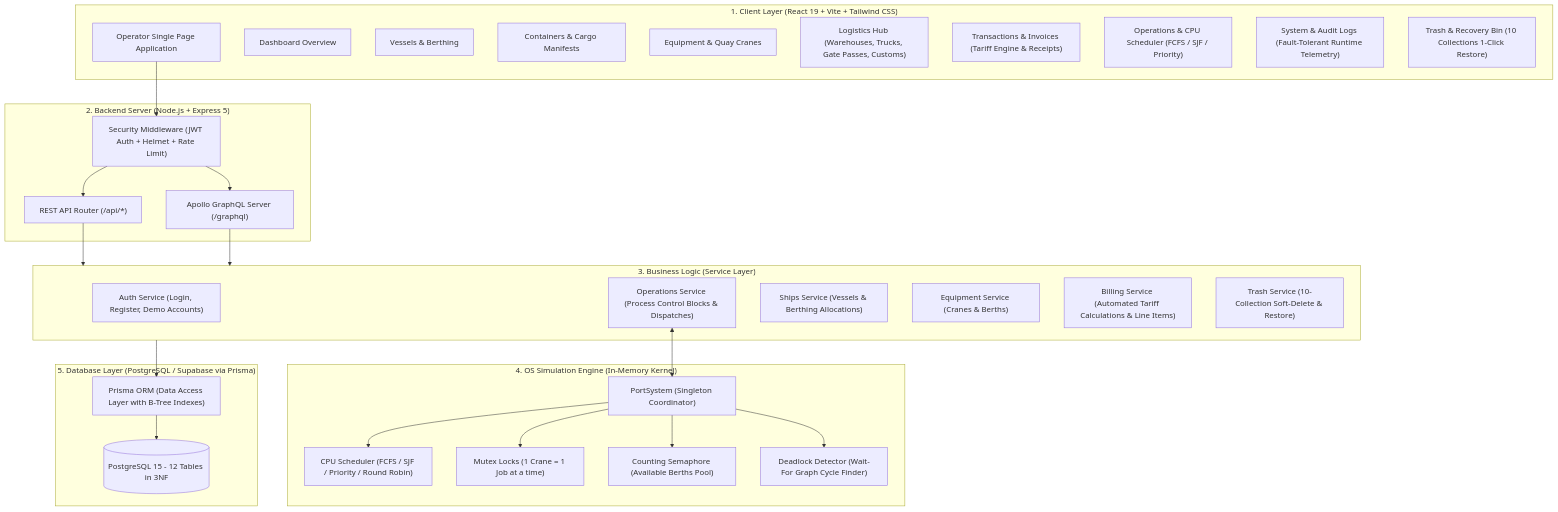
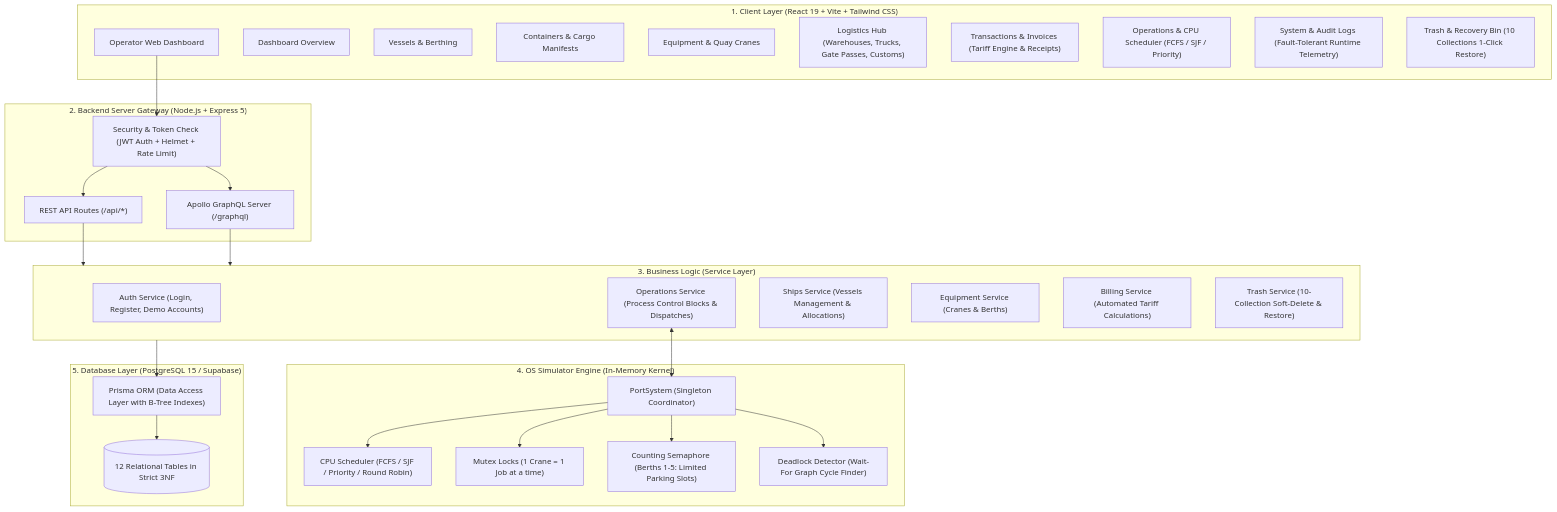
The first of 5 diagrams in README.md (Sujalkathait/PortFlow), drawn with Mermaid before and after one commit. The commit also changed other lines of this file, not shown here.

Commit message:
docs(readme): add simple english project guide and integrate all 5 system diagrams from DIAGRAMS.md

````diff
--- a/README.md
+++ b/README.md
@@ -57,56 +95,56 @@
 ```mermaid
 graph TB
     subgraph CLIENT["1. Client Layer (React 19 + Vite + Tailwind CSS)"]
-        UI["Operator Single Page Application"]
+        UI["Operator Web Dashboard"]
         P1["Dashboard Overview"]
         P2["Vessels & Berthing"]
         P3["Containers & Cargo Manifests"]
         P4["Equipment & Quay Cranes"]
         P5["Logistics Hub (Warehouses, Trucks, Gate Passes, Customs)"]
         P6["Transactions & Invoices (Tariff Engine & Receipts)"]
         P7["Operations & CPU Scheduler (FCFS / SJF / Priority)"]
         P8["System & Audit Logs (Fault-Tolerant Runtime Telemetry)"]
         P9["Trash & Recovery Bin (10 Collections 1-Click Restore)"]
     end
 
-    subgraph GATEWAY["2. Backend Server (Node.js + Express 5)"]
-        AUTH_CHECK["Security Middleware (JWT Auth + Helmet + Rate Limit)"]
-        REST_API["REST API Router (/api/*)"]
+    subgraph GATEWAY["2. Backend Server Gateway (Node.js + Express 5)"]
+        AUTH_CHECK["Security & Token Check (JWT Auth + Helmet + Rate Limit)"]
+        REST_API["REST API Routes (/api/*)"]
         GRAPHQL_API["Apollo GraphQL Server (/graphql)"]
     end
 
     subgraph SERVICES["3. Business Logic (Service Layer)"]
         AUTH_SVC["Auth Service (Login, Register, Demo Accounts)"]
         OPS_SVC["Operations Service (Process Control Blocks & Dispatches)"]
-        SHIP_SVC["Ships Service (Vessels & Berthing Allocations)"]
+        SHIP_SVC["Ships Service (Vessels Management & Allocations)"]
         EQUIP_SVC["Equipment Service (Cranes & Berths)"]
-        BILL_SVC["Billing Service (Automated Tariff Calculations & Line Items)"]
+        BILL_SVC["Billing Service (Automated Tariff Calculations)"]
         TRASH_SVC["Trash Service (10-Collection Soft-Delete & Restore)"]
     end
 
-    subgraph OS_SIM["4. OS Simulation Engine (In-Memory Kernel)"]
+    subgraph OS_SIM["4. OS Simulator Engine (In-Memory Kernel)"]
         PORT_SYS["PortSystem (Singleton Coordinator)"]
         SCHEDULER["CPU Scheduler (FCFS / SJF / Priority / Round Robin)"]
         MUTEX["Mutex Locks (1 Crane = 1 Job at a time)"]
-        SEMAPHORE["Counting Semaphore (Available Berths Pool)"]
+        SEMAPHORE["Counting Semaphore (Berths 1-5: Limited Parking Slots)"]
         DEADLOCK["Deadlock Detector (Wait-For Graph Cycle Finder)"]
     end
 
-    subgraph DATABASE["5. Database Layer (PostgreSQL / Supabase via Prisma)"]
+    subgraph DATABASE["5. Database Layer (PostgreSQL 15 / Supabase)"]
         PRISMA["Prisma ORM (Data Access Layer with B-Tree Indexes)"]
-        DB[(PostgreSQL 15 - 12 Tables in 3NF)]
+        DB[(12 Relational Tables in Strict 3NF)]
     end
 
     UI --> AUTH_CHECK
     AUTH_CHECK --> REST_API
     AUTH_CHECK --> GRAPHQL_API
     REST_API --> SERVICES
     GRAPHQL_API --> SERVICES
     OPS_SVC <--> PORT_SYS
     PORT_SYS --> SCHEDULER
     PORT_SYS --> MUTEX
     PORT_SYS --> SEMAPHORE
     PORT_SYS --> DEADLOCK
     SERVICES --> PRISMA
     PRISMA --> DB
 ```
````
